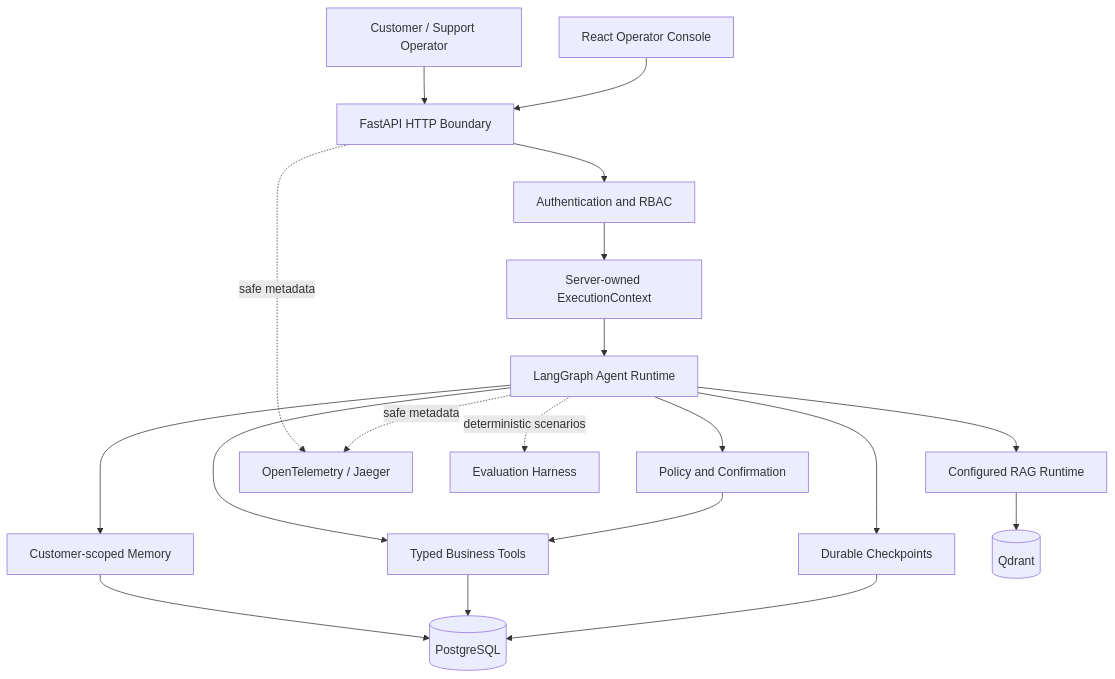
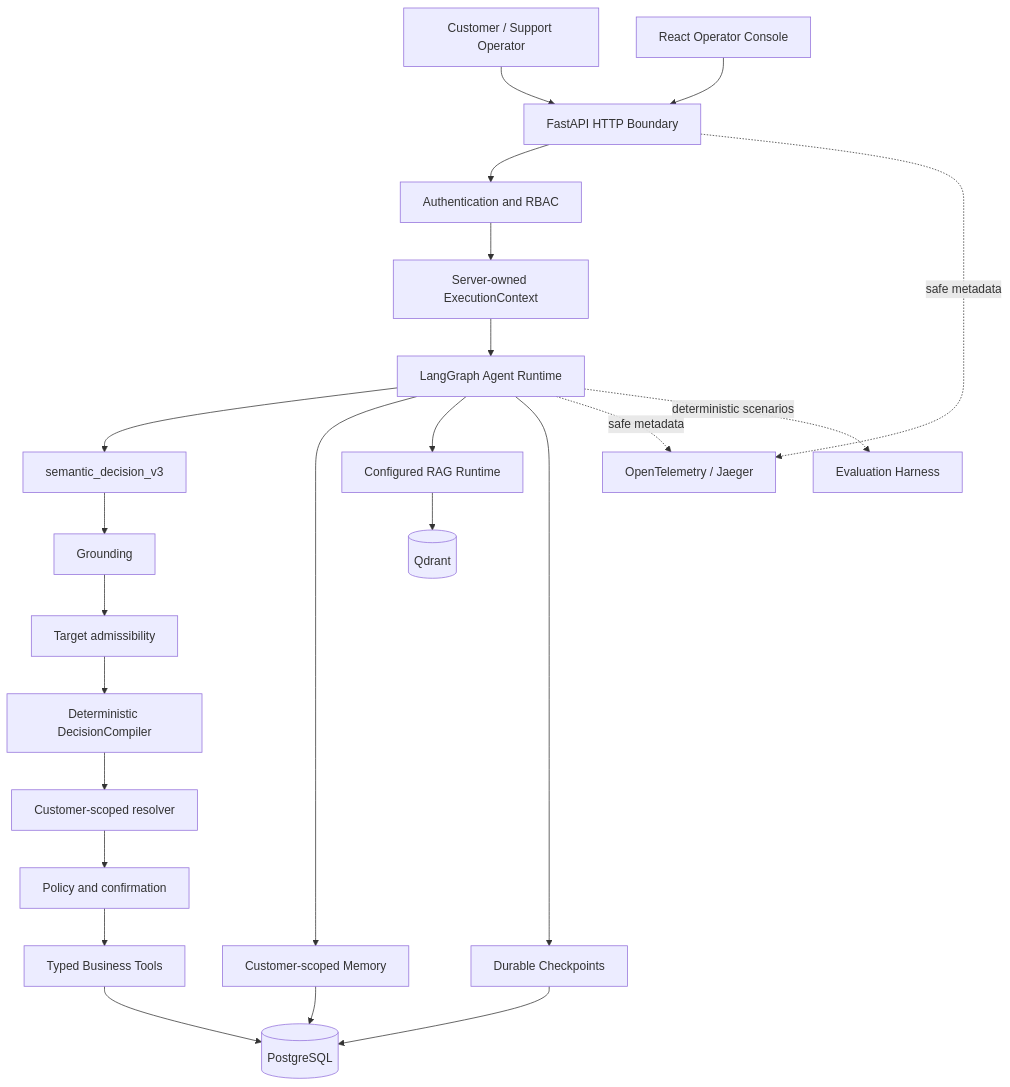
The diagram in README.md (BopsAIle/agentic-customer-service-platform), drawn with Mermaid before and after one commit. The commit also changed other lines of this file, not shown here.

Commit message:
docs: synchronize readme with current architecture

````diff
--- a/README.md
+++ b/README.md
@@ -49,24 +49,28 @@
 ```mermaid
 flowchart TD
     CLIENT[Customer / Support Operator] --> API[FastAPI HTTP Boundary]
     API --> AUTH[Authentication and RBAC]
     AUTH --> CONTEXT[Server-owned ExecutionContext]
     CONTEXT --> GRAPH[LangGraph Agent Runtime]
 
-    GRAPH --> POLICY[Policy and Confirmation]
+    GRAPH --> SEMANTIC[semantic_decision_v3]
+    SEMANTIC --> GROUND[Grounding]
+    GROUND --> ADMISSIBLE[Target admissibility]
+    ADMISSIBLE --> COMPILER[Deterministic DecisionCompiler]
+    COMPILER --> RESOLVER[Customer-scoped resolver]
+    RESOLVER --> POLICY[Policy and confirmation]
     GRAPH --> MEMORY[Customer-scoped Memory]
     GRAPH --> RAG[Configured RAG Runtime]
-    GRAPH --> TOOLS[Typed Business Tools]
+    POLICY --> TOOLS[Typed Business Tools]
 
-    POLICY --> TOOLS
     MEMORY --> POSTGRES[(PostgreSQL)]
     TOOLS --> POSTGRES
     GRAPH --> CHECKPOINTS[Durable Checkpoints]
     CHECKPOINTS --> POSTGRES
     RAG --> QDRANT[(Qdrant)]
 
     API -. safe metadata .-> OBS[OpenTelemetry / Jaeger]
     GRAPH -. safe metadata .-> OBS
     GRAPH -. deterministic scenarios .-> EVAL[Evaluation Harness]
     CONSOLE[React Operator Console] --> API
 ```
````
